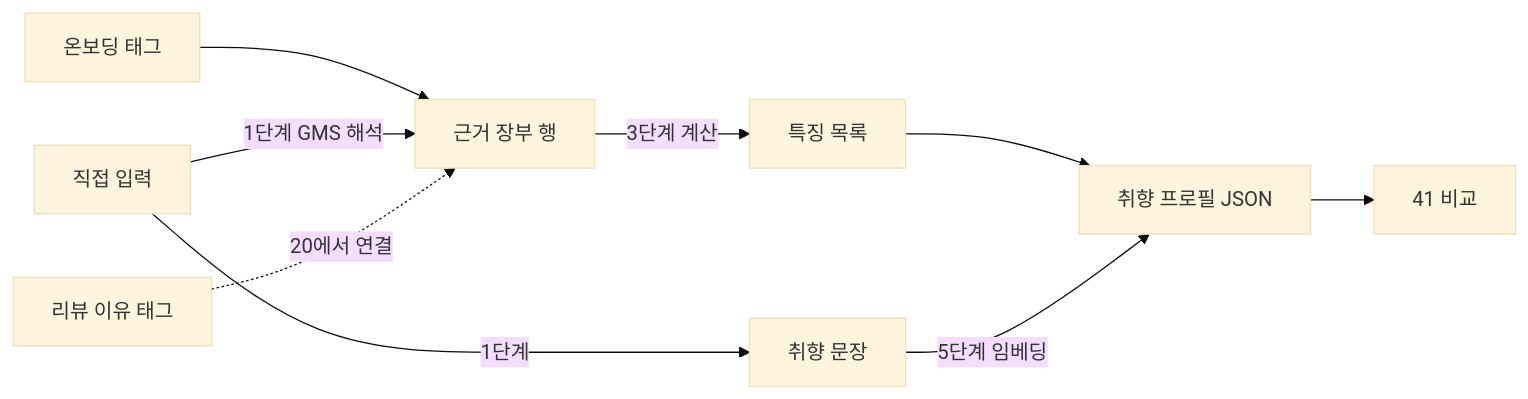
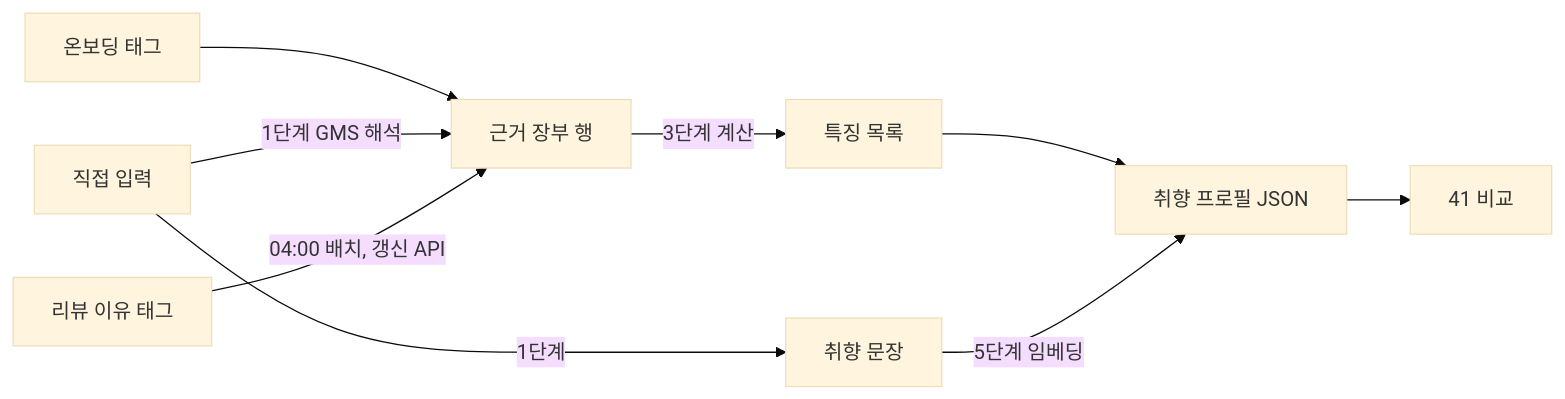
The diagram in docs/specs/taste-profile/spec.md (eomgerm/fit-dining), drawn with Mermaid (base theme) before and after one commit. The commit also changed other lines of this file, not shown here.

````diff
--- a/docs/specs/taste-profile/spec.md
+++ b/docs/specs/taste-profile/spec.md
@@ -16,11 +16,11 @@
 ```mermaid
 flowchart LR
   A[온보딩 태그] --> C[근거 장부 행]
   B[직접 입력] -->|1단계 GMS 해석| C
-  R[리뷰 이유 태그] -.->|20에서 연결| C
+  R[리뷰 이유 태그] -->|04:00 배치, 갱신 API| C
   C -->|3단계 계산| D[특징 목록]
   B -->|1단계| E[취향 문장]
   D --> F[취향 프로필 JSON]
   E -->|5단계 임베딩| F
   F --> G[41 비교]
 ```
````
